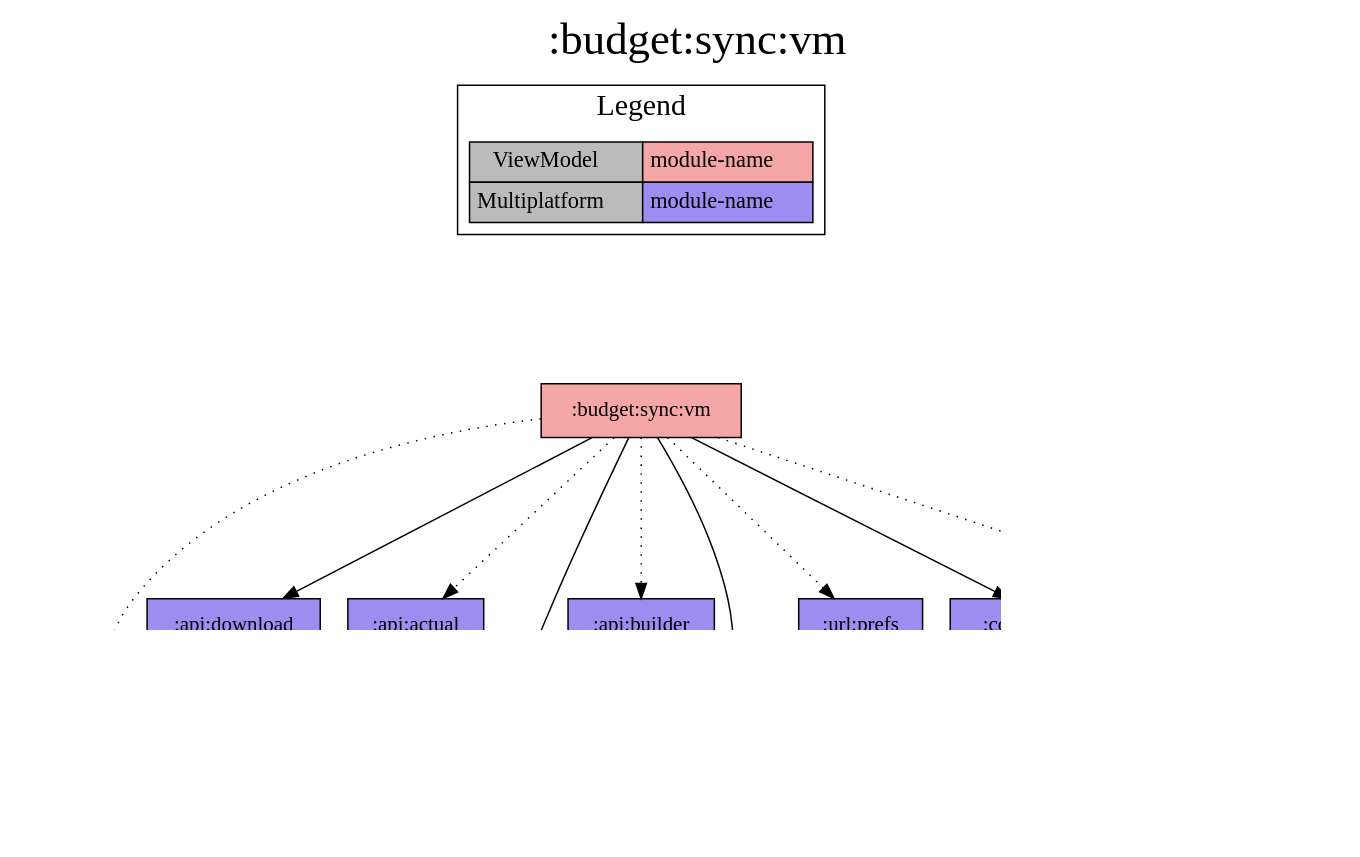
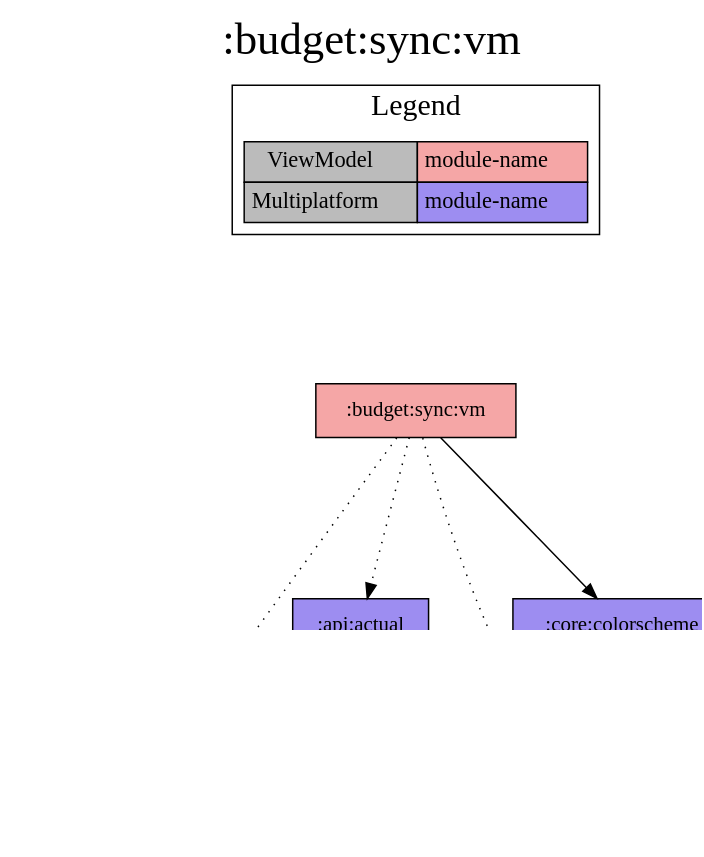
One commit to jonapoul/aktual changed the diagram in modules/budget/sync/vm/project-dependency-graph.dot. Above: the diagram before and after it, drawn with Graphviz. The commit also changed 78 other files, not shown here.

```diff
--- a/modules/budget/sync/vm/project-dependency-graph.dot
+++ b/modules/budget/sync/vm/project-dependency-graph.dot
@@ -1,49 +1,34 @@
 digraph {
 edge ["dir"="forward"]
 graph ["dpi"="100","label"=":budget:sync:vm","labelloc"="t","fontsize"="30","ranksep"="1.5","rankdir"="TB"]
 node ["style"="filled"]
 ":account:model" ["fillcolor"="#9D8DF1","shape"="box"]
 ":api:actual" ["fillcolor"="#9D8DF1","shape"="box"]
-":api:builder" ["fillcolor"="#9D8DF1","shape"="box"]
 ":api:core" ["fillcolor"="#9D8DF1","shape"="box"]
-":api:download" ["fillcolor"="#9D8DF1","shape"="box"]
 ":budget:model" ["fillcolor"="#9D8DF1","shape"="box"]
 ":budget:sync:vm" ["fillcolor"="#F5A6A6","shape"="box"]
-":core:buildconfig" ["fillcolor"="#9D8DF1","shape"="box"]
 ":core:colorscheme" ["fillcolor"="#9D8DF1","shape"="box"]
-":core:versions" ["fillcolor"="#9D8DF1","shape"="box"]
 ":url:model" ["fillcolor"="#9D8DF1","shape"="box"]
-":url:prefs" ["fillcolor"="#9D8DF1","shape"="box"]
 {
 edge ["dir"="none"]
 graph ["rank"="same"]
 }
 ":api:actual" -> ":account:model"
-":api:actual" -> ":api:core"
+":api:actual" -> ":api:core" ["style"="dotted"]
 ":api:actual" -> ":budget:model"
 ":api:actual" -> ":url:model"
-":api:builder" -> ":url:model"
-":api:download" -> ":api:core" ["style"="dotted"]
-":api:download" -> ":budget:model"
 ":budget:sync:vm" -> ":account:model" ["style"="dotted"]
 ":budget:sync:vm" -> ":api:actual" ["style"="dotted"]
-":budget:sync:vm" -> ":api:builder" ["style"="dotted"]
-":budget:sync:vm" -> ":api:download"
-":budget:sync:vm" -> ":budget:model"
+":budget:sync:vm" -> ":budget:model" ["style"="dotted"]
 ":budget:sync:vm" -> ":core:colorscheme"
-":budget:sync:vm" -> ":core:versions" ["style"="dotted"]
-":budget:sync:vm" -> ":url:model"
-":budget:sync:vm" -> ":url:prefs" ["style"="dotted"]
-":core:versions" -> ":core:buildconfig"
-":url:prefs" -> ":url:model"
 subgraph "cluster_legend" {
 edge ["dir"="none"]
 graph ["label"="Legend","fontsize"="20"]
 "Legend" ["style"="filled","fillcolor"="#bbbbbb","shape"="none","margin"="0","fontsize"="15","label"=<
 <TABLE BORDER="0" CELLBORDER="1" CELLSPACING="0" CELLPADDING="4">
 <TR><TD>ViewModel</TD><TD BGCOLOR="#F5A6A6">module-name</TD></TR>
 <TR><TD>Multiplatform</TD><TD BGCOLOR="#9D8DF1">module-name</TD></TR>
 </TABLE>
 >]
 } -> ":budget:sync:vm" ["style"="invis"]
 }
```
